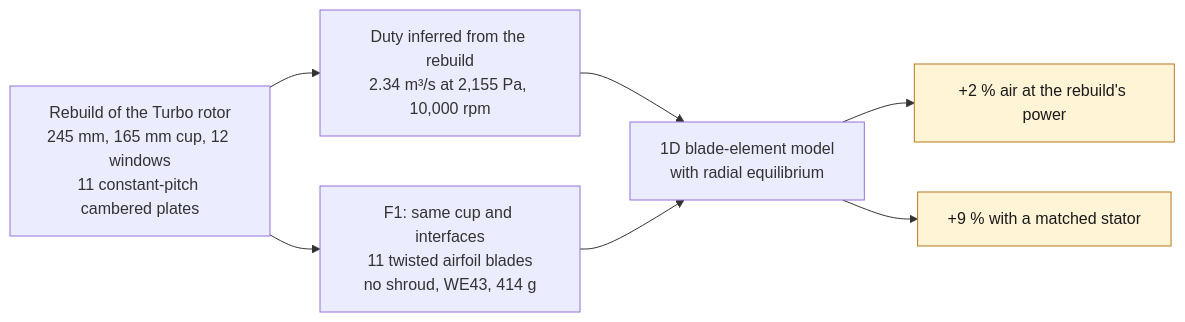
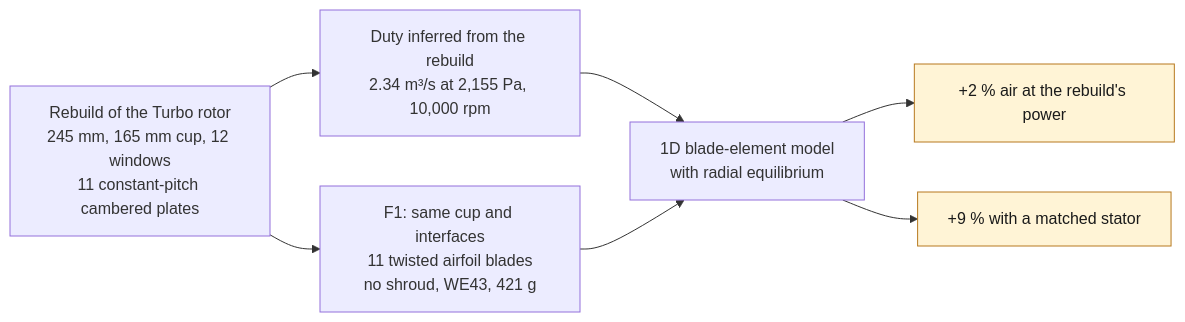
Before and after one commit to cluster2600/porscheparts: the diagram in docs/993/993_COOLING_IMPELLER_WE43_F1.md, drawn with Mermaid. The commit also changed other lines of this file and 25 other files, not shown here.

````diff
--- a/docs/993/993_COOLING_IMPELLER_WE43_F1.md
+++ b/docs/993/993_COOLING_IMPELLER_WE43_F1.md
@@ -14,11 +14,11 @@
 ```mermaid
 flowchart LR
-  R["Rebuild of the Turbo rotor<br/>245 mm, 165 mm cup, 12 windows<br/>11 constant-pitch cambered plates"] --> F1["F1: same cup and interfaces<br/>11 twisted airfoil blades<br/>no shroud, WE43, 414 g"]
+  R["Rebuild of the Turbo rotor<br/>245 mm, 165 mm cup, 12 windows<br/>11 constant-pitch cambered plates"] --> F1["F1: same cup and interfaces<br/>11 twisted airfoil blades<br/>no shroud, WE43, 421 g"]
   R --> D["Duty inferred from the rebuild<br/>2.34 m³/s at 2,155 Pa, 10,000 rpm"]
   D --> A["1D blade-element model<br/>with radial equilibrium"]
   F1 --> A
   A --> G["+2 % air at the rebuild's power"]
   A --> S["+9 % with a matched stator"]
   class G,S open
   classDef open fill:#fff4d6,stroke:#b7791f,color:#1a1a1a;
 ```
````
